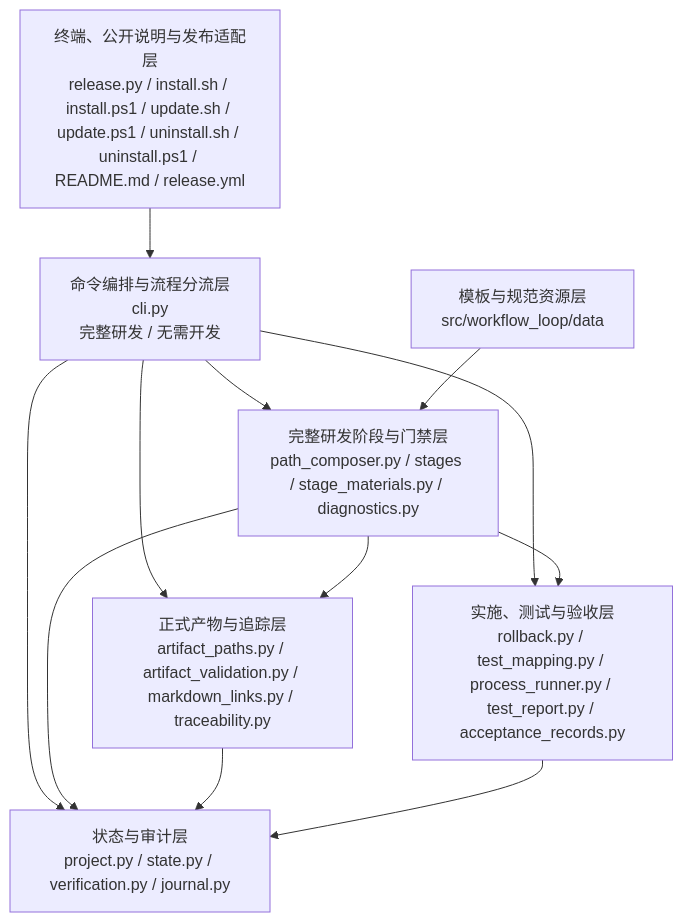
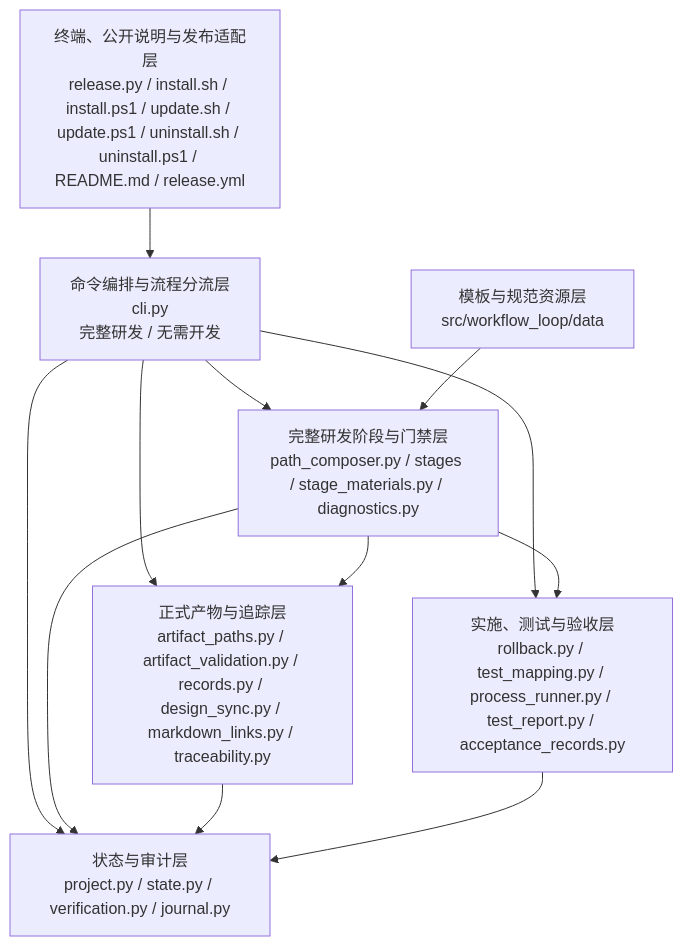
Before and after one commit to yuzyf/workflow_loop: the first of 6 diagrams in spec/代码架构设计.md, drawn with Mermaid. The commit also changed other lines of this file and 134 other files, not shown here.

````diff
--- a/spec/代码架构设计.md
+++ b/spec/代码架构设计.md
@@ -136,21 +136,21 @@
 ```mermaid
 flowchart TB
     A["终端、公开说明与发布适配层<br/>release.py / install.sh / install.ps1 / update.sh / update.ps1 / uninstall.sh / uninstall.ps1 / README.md / release.yml"]
     B["命令编排与流程分流层<br/>cli.py<br/>完整研发 / 无需开发"]
     C["完整研发阶段与门禁层<br/>path_composer.py / stages / stage_materials.py / diagnostics.py"]
-    D["正式产物与追踪层<br/>artifact_paths.py / artifact_validation.py / markdown_links.py / traceability.py"]
+    D["正式产物与追踪层<br/>artifact_paths.py / artifact_validation.py / records.py / design_sync.py / markdown_links.py / traceability.py"]
     E["实施、测试与验收层<br/>rollback.py / test_mapping.py / process_runner.py / test_report.py / acceptance_records.py"]
     F["状态与审计层<br/>project.py / state.py / verification.py / journal.py"]
     G["模板与规范资源层<br/>src/workflow_loop/data"]
     A --> B
     B --> C
     B --> F
     B --> D
     B --> E
     C --> D
     C --> E
     C --> F
     D --> F
     E --> F
     G --> C
 ```
````
